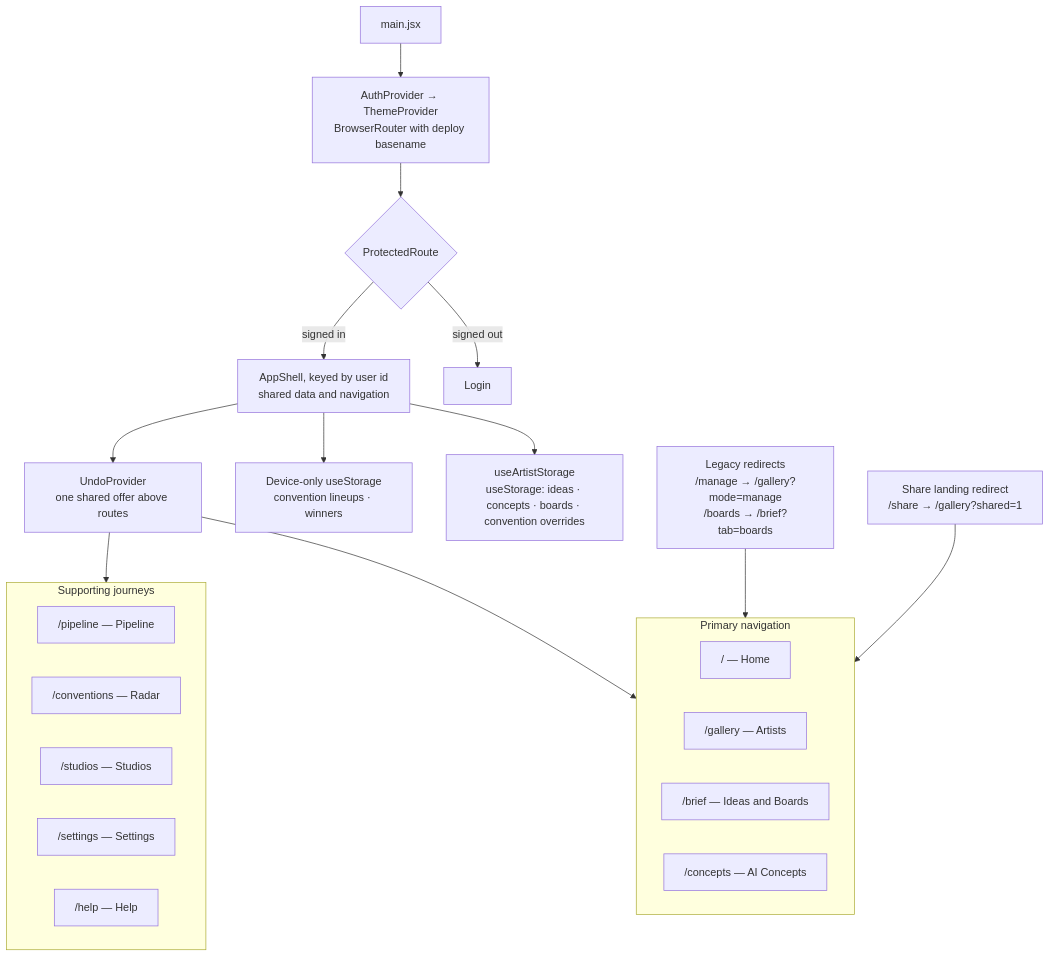
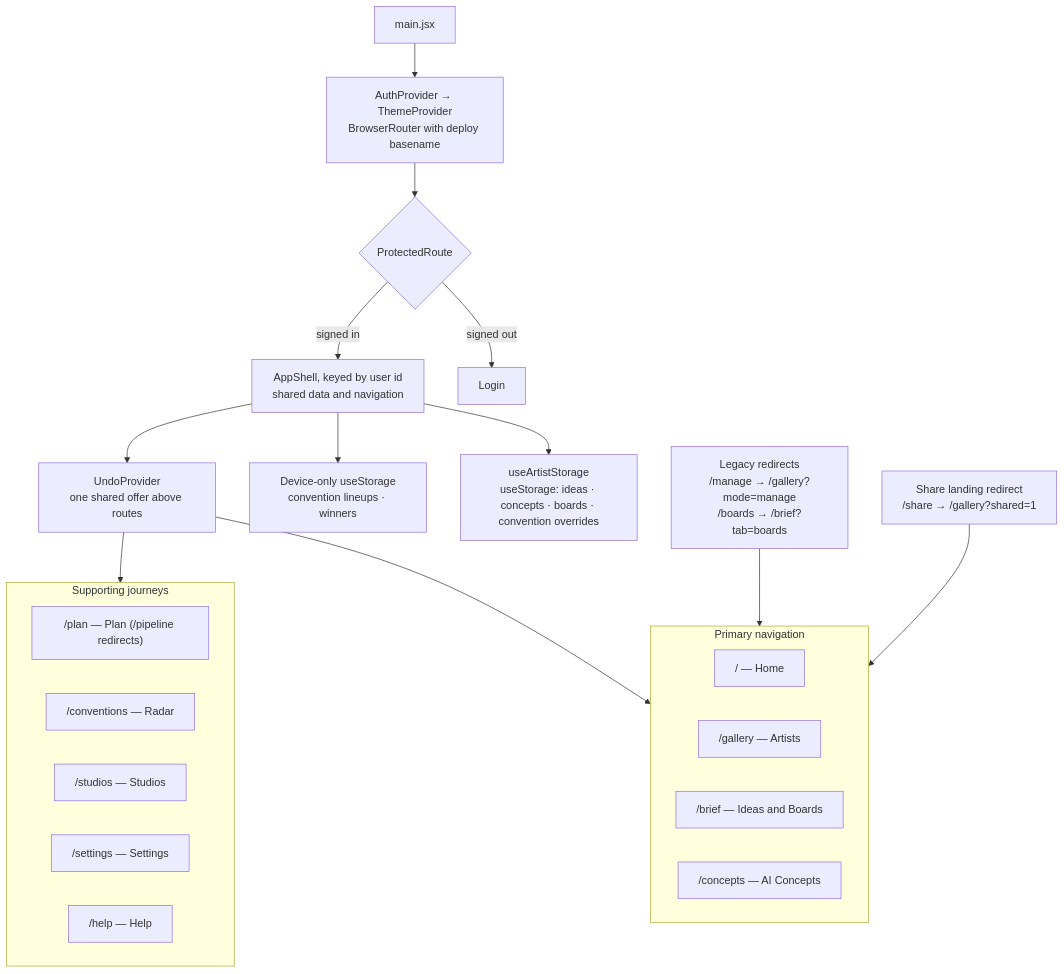
The fifth of 13 diagrams in docs/ARCHITECTURE.md (Pritesh1980/sable), drawn with Mermaid before and after one commit. The commit also changed other lines of this file and 85 other files, not shown here.

First line of the commit message:
feat(plan): Pipeline becomes Plan, and artist status leaves the app (#220 D)

````diff
--- a/docs/ARCHITECTURE.md
+++ b/docs/ARCHITECTURE.md
@@ -220,40 +220,40 @@
 ```mermaid
 flowchart TB
   ENTRY["main.jsx"]
   PROVIDERS["AuthProvider → ThemeProvider<br/>BrowserRouter with deploy basename"]
   GATE{"ProtectedRoute"}
   LOGIN["Login"]
   SHELL["AppShell, keyed by user id<br/>shared data and navigation"]
   STATE["useArtistStorage<br/>useStorage: ideas · concepts · boards · convention overrides"]
   LOCALSTATE["Device-only useStorage<br/>convention lineups · winners"]
   UNDO["UndoProvider<br/>one shared offer above routes"]
 
   subgraph PRIMARY["Primary navigation"]
     WALL["/ — Home"]
     GALLERY["/gallery — Artists"]
     BRIEF["/brief — Ideas and Boards"]
     CONCEPTS["/concepts — AI Concepts"]
   end
 
   subgraph SUPPORT["Supporting journeys"]
-    PIPELINE["/pipeline — Pipeline"]
+    PIPELINE["/plan — Plan (/pipeline redirects)"]
     RADAR["/conventions — Radar"]
     STUDIOS["/studios — Studios"]
     SETTINGS["/settings — Settings"]
     HELP["/help — Help"]
   end
 
   LEGACY["Legacy redirects<br/>/manage → /gallery?mode=manage<br/>/boards → /brief?tab=boards"]
   SHARE["Share landing redirect<br/>/share → /gallery?shared=1"]
 
   ENTRY --> PROVIDERS --> GATE
   GATE -- "signed out" --> LOGIN
   GATE -- "signed in" --> SHELL
   SHELL --> STATE
   SHELL --> LOCALSTATE
   SHELL --> UNDO
   UNDO --> PRIMARY
   UNDO --> SUPPORT
   LEGACY --> PRIMARY
   SHARE --> PRIMARY
 ```
````
